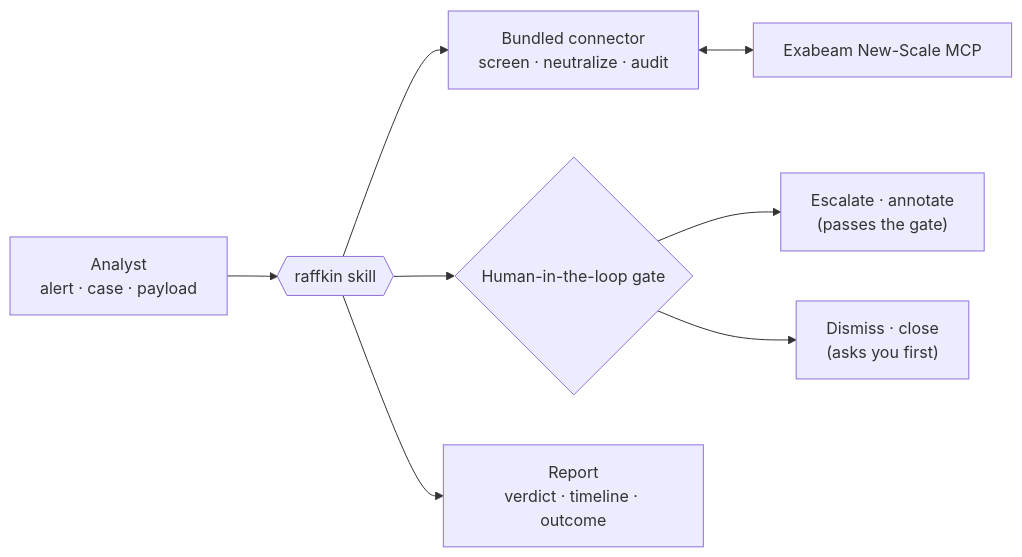
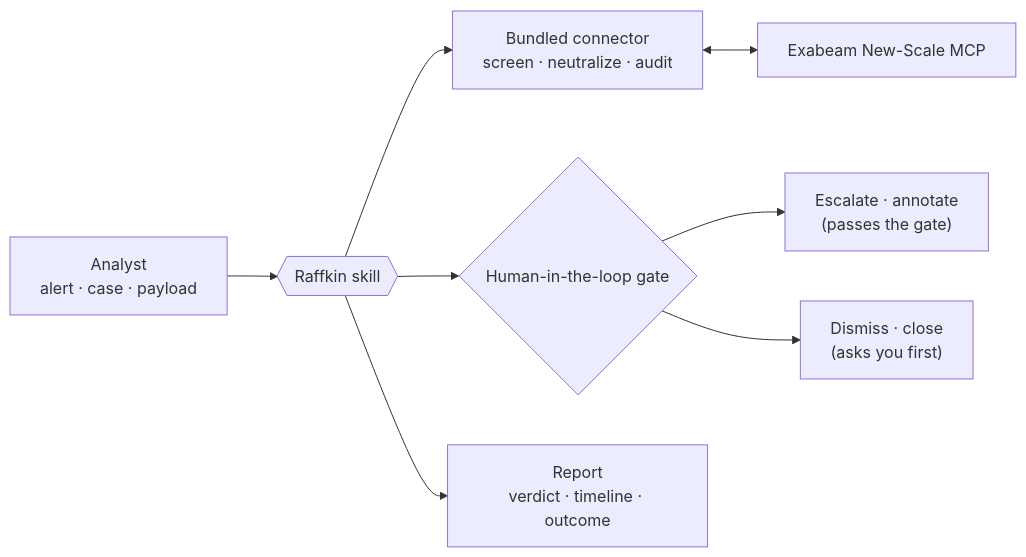
The diagram in plugin/docs/index.md (open-agent-ai-security/socxen), drawn with Mermaid before and after one commit. The commit also changed 17 other files, not shown here.

````diff
--- a/plugin/docs/index.md
+++ b/plugin/docs/index.md
@@ -51,10 +51,10 @@
 ```mermaid
 flowchart LR
-  A["Analyst<br/>alert · case · payload"] --> S{{"raffkin skill"}}
+  A["Analyst<br/>alert · case · payload"] --> S{{"Raffkin skill"}}
   S --> C["Bundled connector<br/>screen · neutralize · audit"]
   C <--> X["Exabeam New-Scale MCP"]
   S --> G{"Human-in-the-loop gate"}
   G --> W["Escalate · annotate<br/>(passes the gate)"]
   G --> H["Dismiss · close<br/>(asks you first)"]
   S --> R["Report<br/>verdict · timeline · outcome"]
 ```
````
